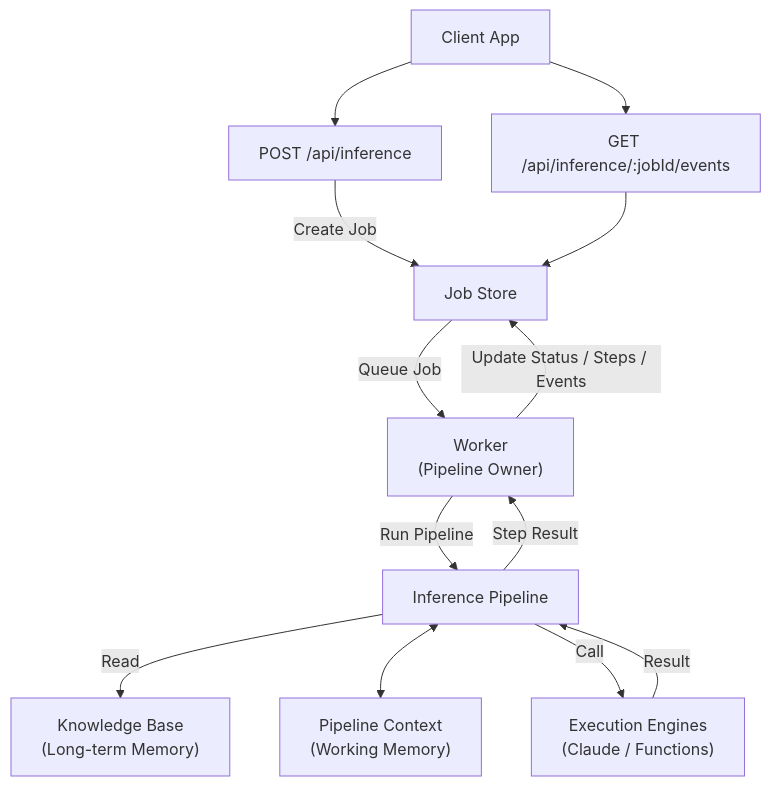
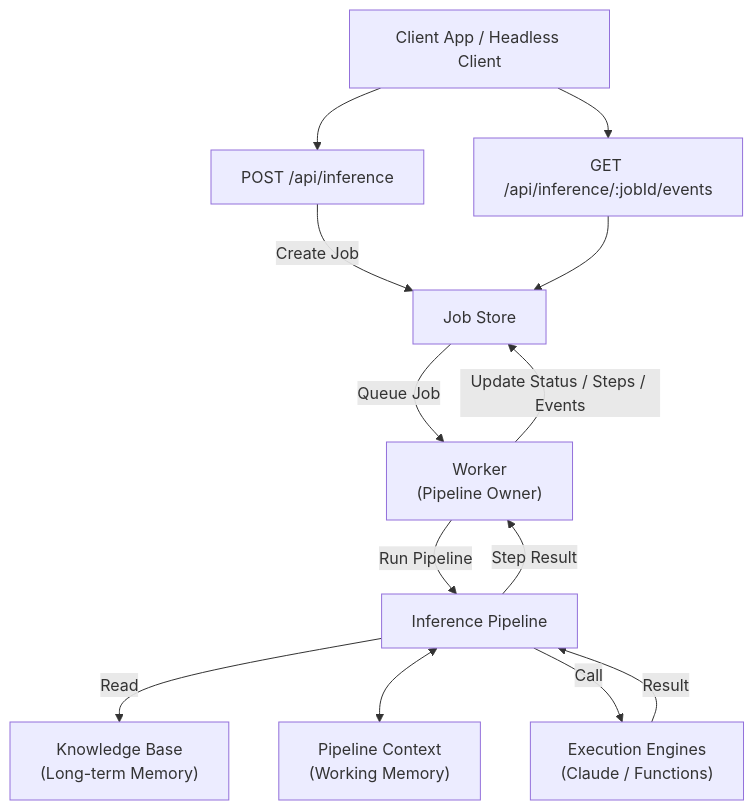
One commit to ewoooo/rnd-wireframer changed the first of 2 diagrams in docs/development/SCREEN_INFERENCE_ARCHITECTURE.md. Above: the diagram before and after it, drawn with Mermaid. The commit also changed other lines of this file and 11 other files, not shown here.

````diff
--- a/docs/development/SCREEN_INFERENCE_ARCHITECTURE.md
+++ b/docs/development/SCREEN_INFERENCE_ARCHITECTURE.md
@@ -18,40 +18,40 @@
 ```mermaid
 flowchart TD
-  Client["Client App"]
+  Client["Client App / Headless Client"]
   POST["POST /api/inference"]
   SSE["GET /api/inference/:jobId/events"]
 
   JobStore["Job Store"]
 
   Worker["Worker<br/>(Pipeline Owner)"]
 
   Pipeline["Inference Pipeline"]
 
   KB["Knowledge Base<br/>(Long-term Memory)"]
 
   Context["Pipeline Context<br/>(Working Memory)"]
 
   Engines["Execution Engines<br/>(Claude / Functions)"]
 
   Client --> POST
   Client --> SSE
 
   POST -->|Create Job| JobStore
 
   JobStore -->|Queue Job| Worker
 
   Worker -->|Run Pipeline| Pipeline
 
   Pipeline -->|Read| KB
 
   Pipeline <--> Context
 
   Pipeline -->|Call| Engines
   Engines -->|Result| Pipeline
 
   Pipeline -->|Step Result| Worker
 
   Worker -->|Update Status / Steps / Events| JobStore
 
   SSE --> JobStore
 ```
````
